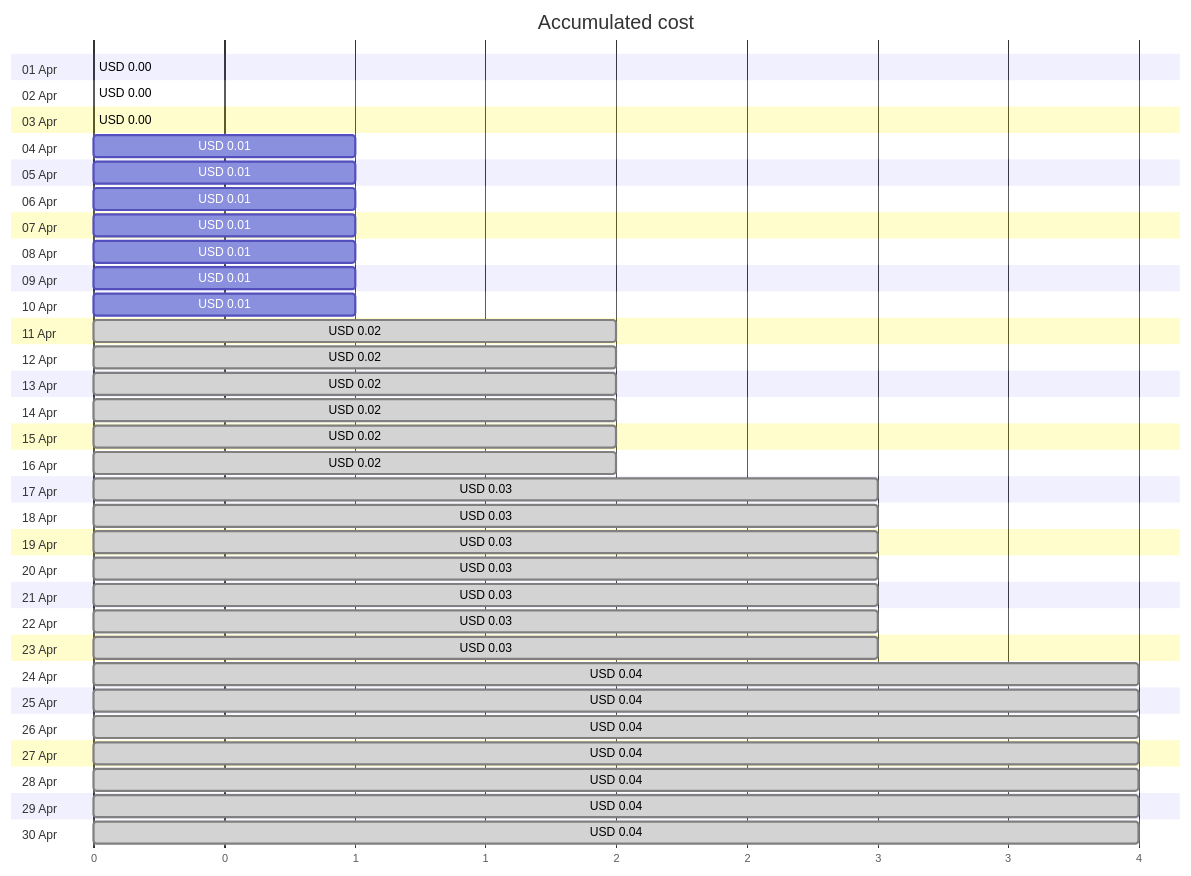
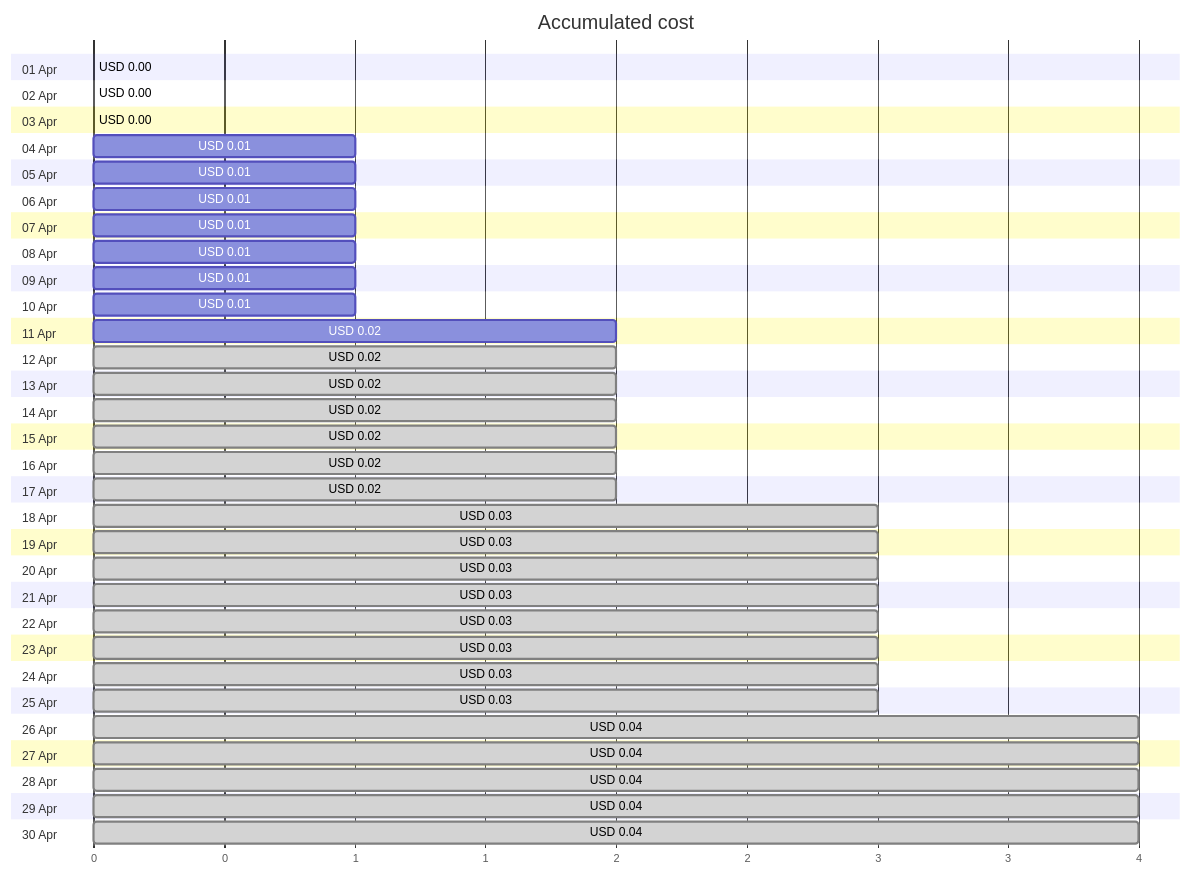
One commit to jpfulton/azure-personal-reports changed the first of 4 diagrams in cost-reports/personal-site/personalsiteapistorage.md. Above: the diagram before and after it, drawn with Mermaid. The commit also changed other lines of this file and 7 other files, not shown here.

````diff
--- a/cost-reports/personal-site/personalsiteapistorage.md
+++ b/cost-reports/personal-site/personalsiteapistorage.md
@@ -20,66 +20,66 @@
 ```mermaid
 gantt
    title Accumulated cost
    dateFormat  X
    axisFormat %s
    section 01 Apr
    USD 0.00 :0, 0
    section 02 Apr
    USD 0.00 :0, 0
    section 03 Apr
    USD 0.00 :0, 0
    section 04 Apr
    USD 0.01 :0, 1
    section 05 Apr
    USD 0.01 :0, 1
    section 06 Apr
    USD 0.01 :0, 1
    section 07 Apr
    USD 0.01 :0, 1
    section 08 Apr
    USD 0.01 :0, 1
    section 09 Apr
    USD 0.01 :0, 1
    section 10 Apr
    USD 0.01 :0, 1
    section 11 Apr
-   USD 0.02 : done, 0, 2
+   USD 0.02 :0, 2
    section 12 Apr
    USD 0.02 : done, 0, 2
    section 13 Apr
    USD 0.02 : done, 0, 2
    section 14 Apr
    USD 0.02 : done, 0, 2
    section 15 Apr
    USD 0.02 : done, 0, 2
    section 16 Apr
    USD 0.02 : done, 0, 2
    section 17 Apr
-   USD 0.03 : done, 0, 3
+   USD 0.02 : done, 0, 2
    section 18 Apr
    USD 0.03 : done, 0, 3
    section 19 Apr
    USD 0.03 : done, 0, 3
    section 20 Apr
    USD 0.03 : done, 0, 3
    section 21 Apr
    USD 0.03 : done, 0, 3
    section 22 Apr
    USD 0.03 : done, 0, 3
    section 23 Apr
    USD 0.03 : done, 0, 3
    section 24 Apr
-   USD 0.04 : done, 0, 4
+   USD 0.03 : done, 0, 3
    section 25 Apr
-   USD 0.04 : done, 0, 4
+   USD 0.03 : done, 0, 3
    section 26 Apr
    USD 0.04 : done, 0, 4
    section 27 Apr
    USD 0.04 : done, 0, 4
    section 28 Apr
    USD 0.04 : done, 0, 4
    section 29 Apr
    USD 0.04 : done, 0, 4
    section 30 Apr
    USD 0.04 : done, 0, 4
 ```
````
